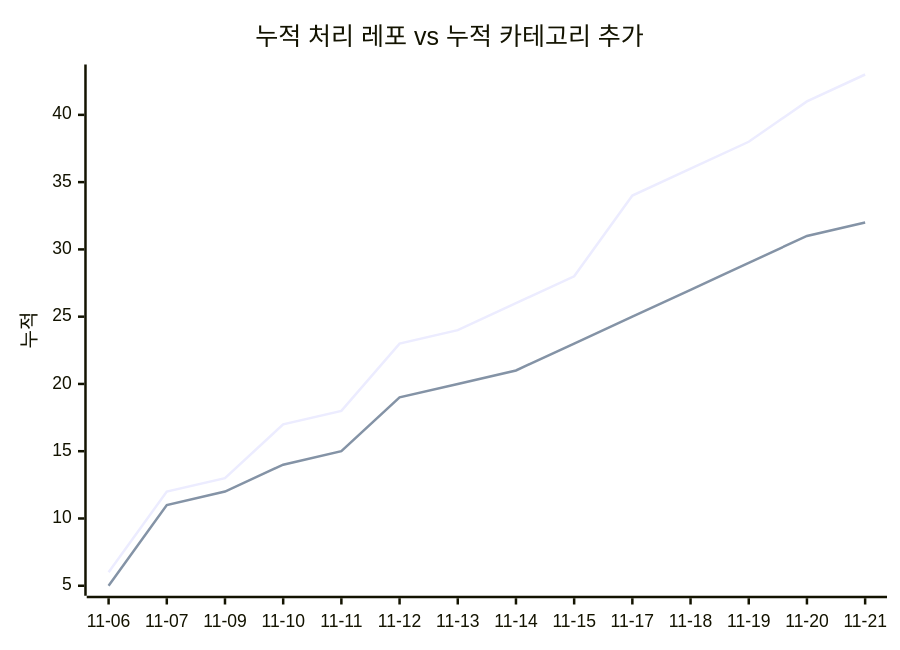
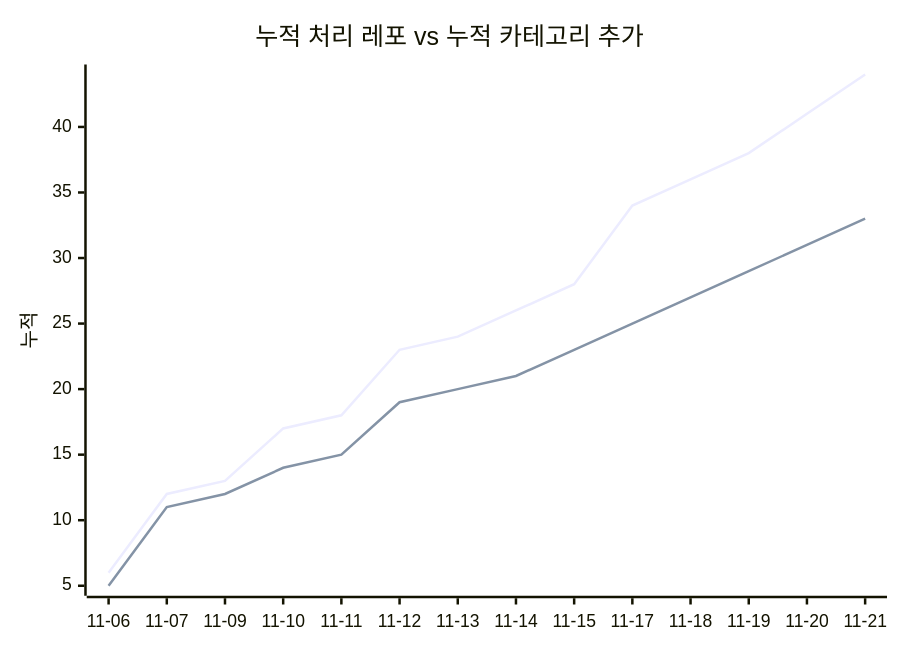
The second of 2 diagrams in docs/trends.md (J-nowcow/awesome-korean-agent-skills), drawn with Mermaid before and after one commit. The commit also changed other lines of this file and 4 other files, not shown here.

````diff
--- a/docs/trends.md
+++ b/docs/trends.md
@@ -68,8 +68,8 @@
 ```mermaid
 xychart-beta
     title "누적 처리 레포 vs 누적 카테고리 추가"
     x-axis ["11-06","11-07","11-09","11-10","11-11","11-12","11-13","11-14","11-15","11-17","11-18","11-19","11-20","11-21"]
     y-axis "누적"
-    line [6,12,13,17,18,23,24,26,28,34,36,38,41,43]
-    line [5,11,12,14,15,19,20,21,23,25,27,29,31,32]
+    line [6,12,13,17,18,23,24,26,28,34,36,38,41,44]
+    line [5,11,12,14,15,19,20,21,23,25,27,29,31,33]
 ```
````
